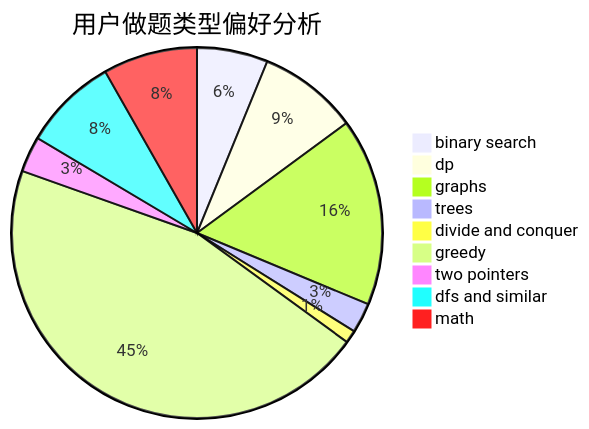
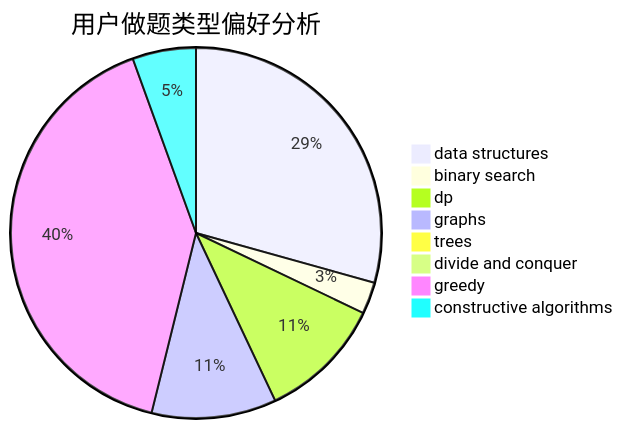
One commit to sherpahu/cfrs.github.io changed the second of 3 diagrams in docs/user/u392.md. Above: the diagram before and after it, drawn with Mermaid. The commit also changed other lines of this file and 2775 other files, not shown here.

````diff
--- a/docs/user/u392.md
+++ b/docs/user/u392.md
@@ -23,12 +23,11 @@
 ```mermaid
 pie title 用户做题类型偏好分析
-    "binary search" :  139
-    "dp" :  196
-    "graphs" :  368
-    "trees" :  59
-    "divide and conquer" :  25
-    "greedy" :  1021
-    "two pointers" :  70
-    "dfs and similar" :  185
-    "math" :  185
+    "data structures" :  445
+    "binary search" :  42
+    "dp" :  165
+    "graphs" :  165
+    "trees" :  15
+    "divide and conquer" :  0
+    "greedy" :  616
+    "constructive algorithms" :  84
 ```
````
